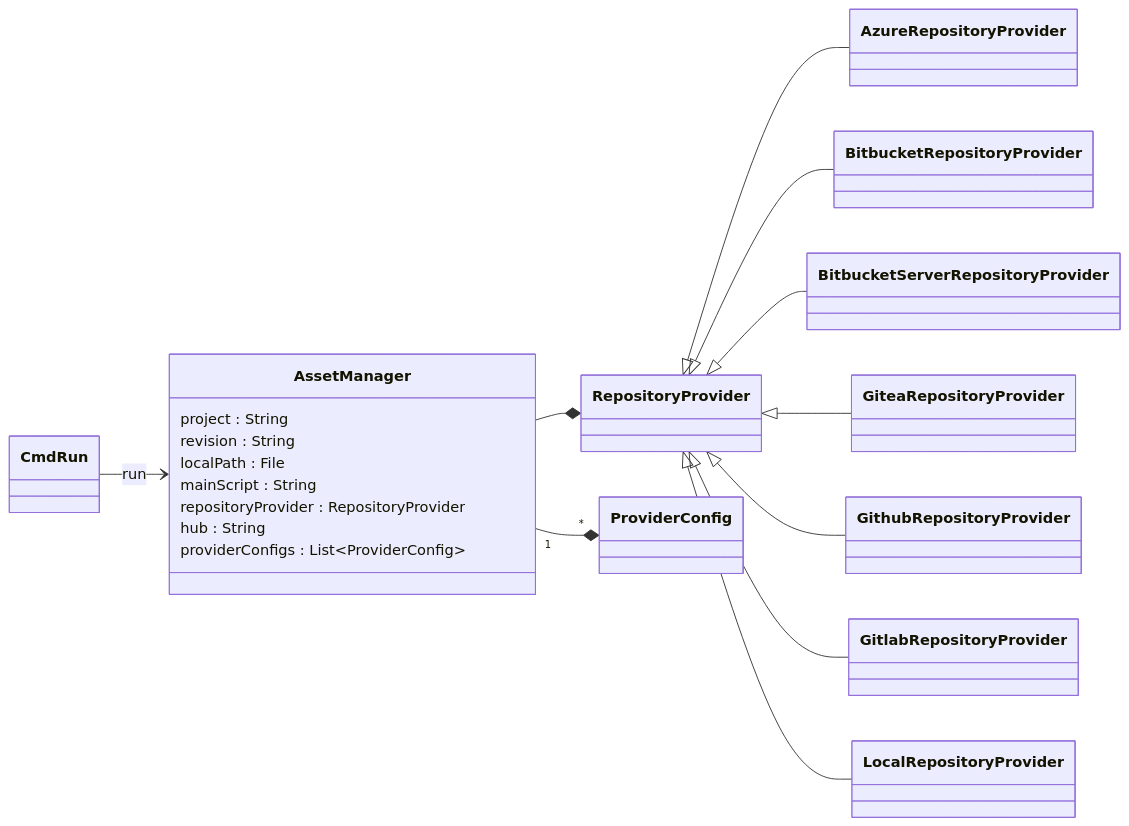
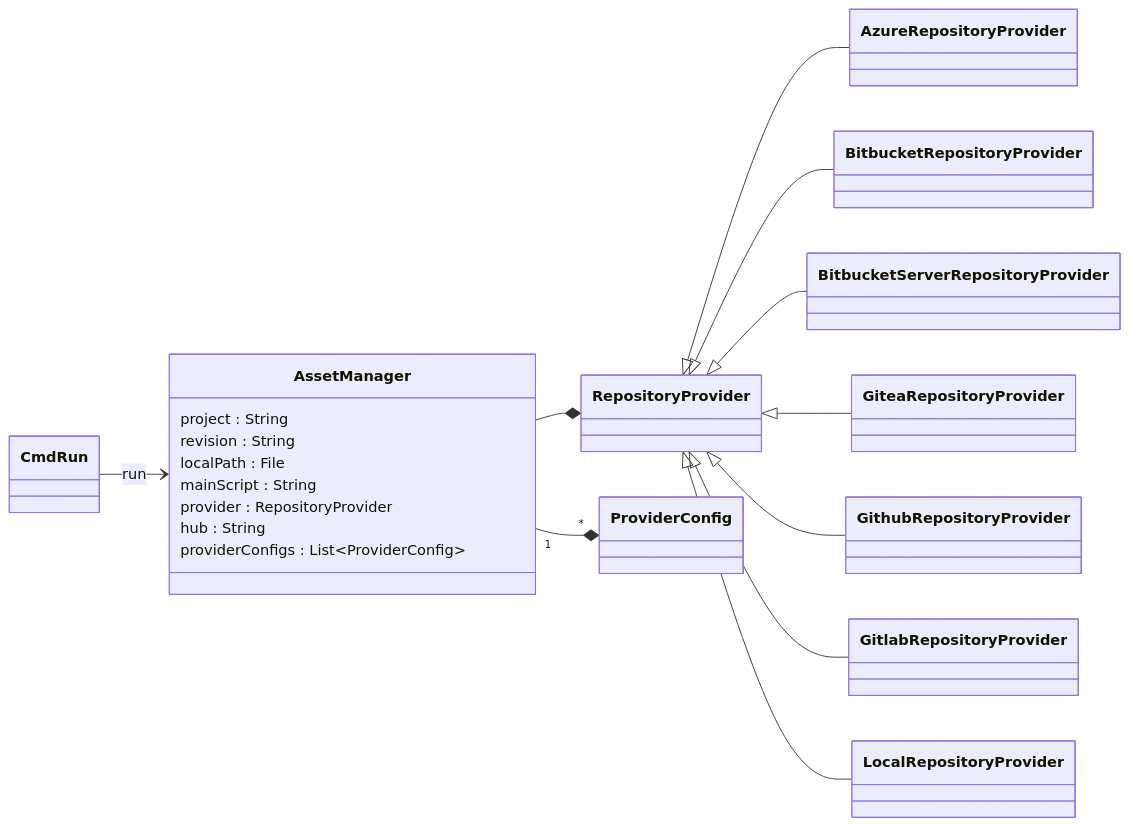
The diagram in docs/developer/diagrams/nextflow.scm.mmd (nextflow-io/nextflow), drawn with Mermaid before and after one commit. The commit also changed 1 other file, not shown here.

```diff
--- a/docs/developer/diagrams/nextflow.scm.mmd
+++ b/docs/developer/diagrams/nextflow.scm.mmd
@@ -1,27 +1,27 @@
 classDiagram
     %%
     %% nextflow.scm
     %%
     direction LR
 
     CmdRun --> AssetManager : run
 
     class AssetManager {
         project : String
         revision : String
         localPath : File
         mainScript : String
-        repositoryProvider : RepositoryProvider
+        provider : RepositoryProvider
         hub : String
         providerConfigs : List~ProviderConfig~
     }
     AssetManager --* RepositoryProvider
     AssetManager "1" --* "*" ProviderConfig
 
     RepositoryProvider <|-- AzureRepositoryProvider
     RepositoryProvider <|-- BitbucketRepositoryProvider
     RepositoryProvider <|-- BitbucketServerRepositoryProvider
     RepositoryProvider <|-- GiteaRepositoryProvider
     RepositoryProvider <|-- GithubRepositoryProvider
     RepositoryProvider <|-- GitlabRepositoryProvider
     RepositoryProvider <|-- LocalRepositoryProvider
```
